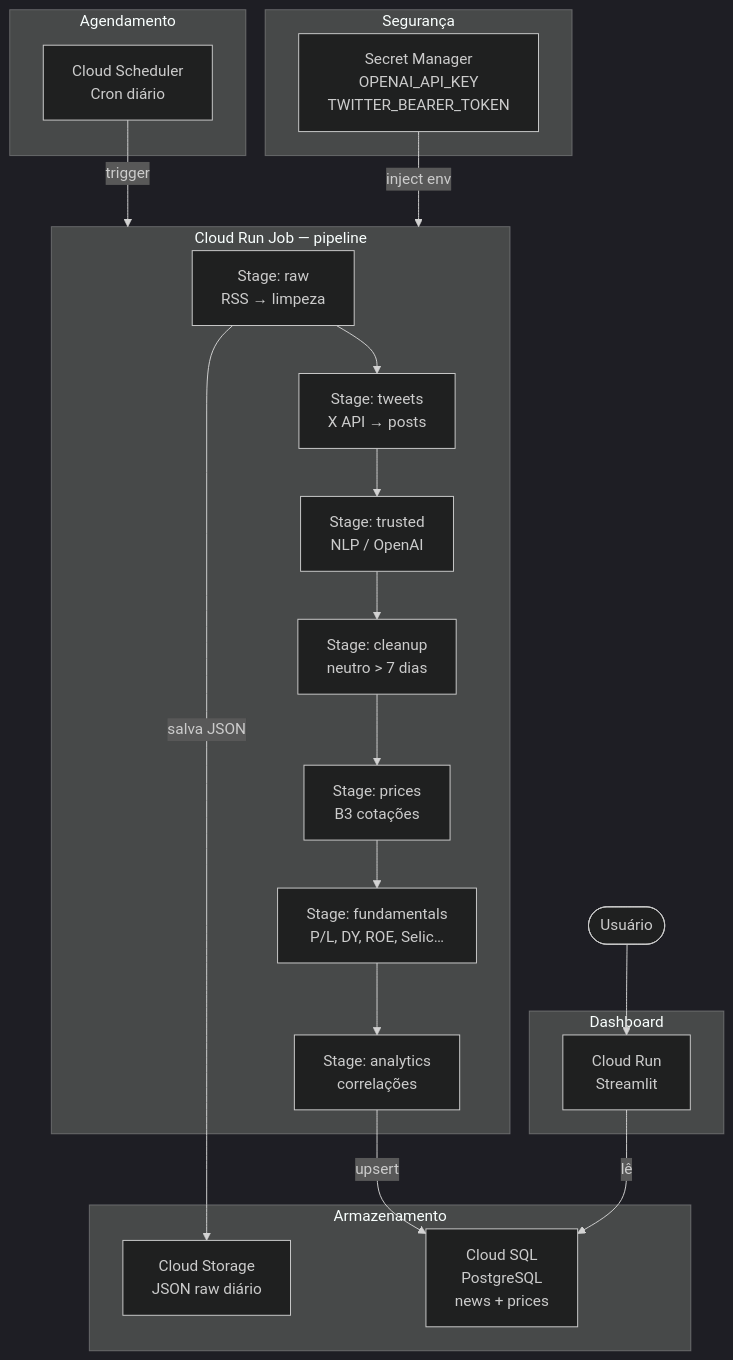
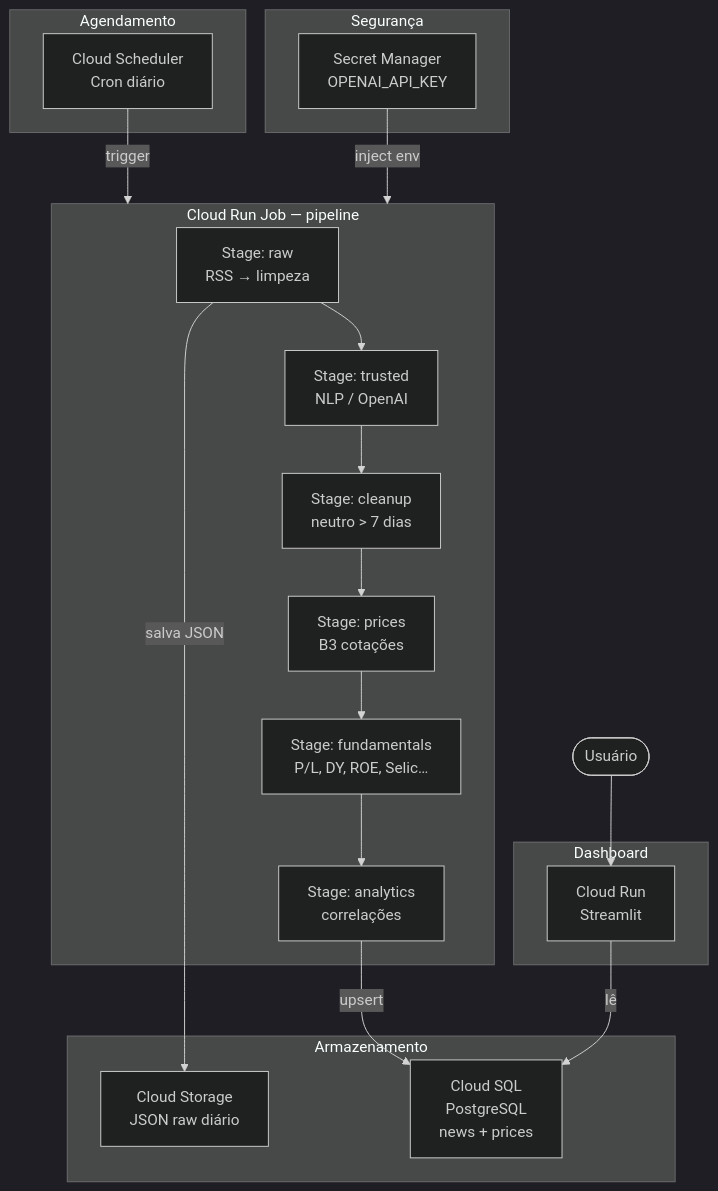
The diagram in README.md (JotaVMuniz/b3-market-feeling-detector), drawn with Mermaid (dark theme) before and after one commit. The commit also changed other lines of this file and 8 other files, not shown here.

````diff
--- a/README.md
+++ b/README.md
@@ -130,37 +116,36 @@
 ```mermaid
 flowchart TD
     subgraph Agendamento
         CS[Cloud Scheduler\nCron diário]
     end
 
     subgraph Pipeline["Cloud Run Job — pipeline"]
         R[Stage: raw\nRSS → limpeza]
-        TW[Stage: tweets\nX API → posts]
         T[Stage: trusted\nNLP / OpenAI]
         CL[Stage: cleanup\nneutro > 7 dias]
         P[Stage: prices\nB3 cotações]
         F[Stage: fundamentals\nP/L, DY, ROE, Selic…]
         A[Stage: analytics\ncorrelações]
-        R --> TW --> T --> CL --> P --> F --> A
+        R --> T --> CL --> P --> F --> A
     end
 
     subgraph Armazenamento
         GCS[Cloud Storage\nJSON raw diário]
         SQL[Cloud SQL\nPostgreSQL\nnews + prices]
     end
 
     subgraph Dashboard
         CR[Cloud Run\nStreamlit]
     end
 
     subgraph Segurança
-        SM[Secret Manager\nOPENAI_API_KEY\nTWITTER_BEARER_TOKEN]
+        SM[Secret Manager\nOPENAI_API_KEY]
     end
 
     CS -->|trigger| Pipeline
     R -->|salva JSON| GCS
     A -->|upsert| SQL
     SM -->|inject env| Pipeline
     CR -->|lê| SQL
     Usuario([Usuário]) --> CR
 ```
````
